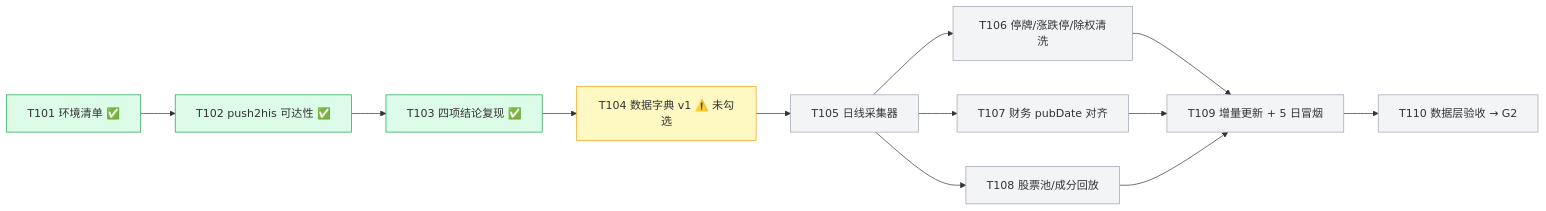
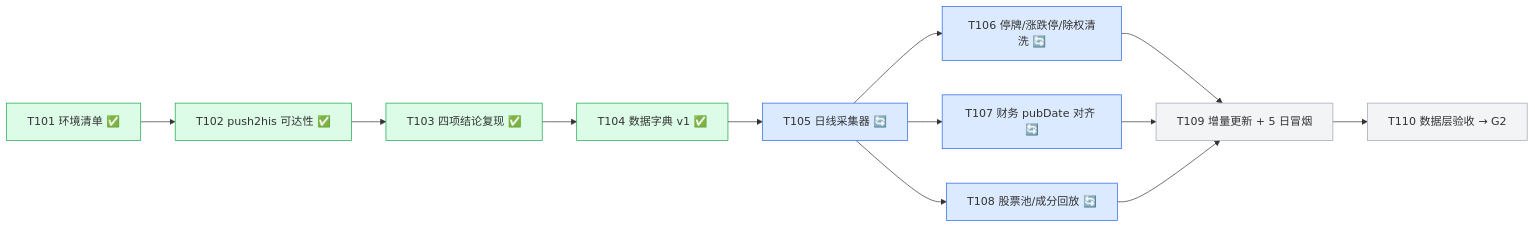
Before and after one commit to YZml1507/FinAI2.0: the third of 4 diagrams in docs/project_status_flowchart.md, drawn with Mermaid. The commit also changed other lines of this file and 1 other file, not shown here.

Commit message:
docs: 流程图状态标记 — Phase 0(T101–T104)清零 / T001 飞书拍板 / T105–T108 实现中 / HEADs 1da2b2d+5f7e38f

````diff
--- a/docs/project_status_flowchart.md
+++ b/docs/project_status_flowchart.md
@@ -43,24 +43,24 @@
 ```mermaid
 flowchart LR
   T101[T101 环境清单 ✅] --> T102[T102 push2his 可达性 ✅]
   T102 --> T103[T103 四项结论复现 ✅]
-  T103 --> T104[T104 数据字典 v1 ⚠️ 未勾选]
-  T104 --> T105[T105 日线采集器]
-  T105 --> T106[T106 停牌/涨跌停/除权清洗]
-  T105 --> T107[T107 财务 pubDate 对齐]
-  T105 --> T108[T108 股票池/成分回放]
+  T103 --> T104[T104 数据字典 v1 ✅]
+  T104 --> T105[T105 日线采集器 🔄]
+  T105 --> T106[T106 停牌/涨跌停/除权清洗 🔄]
+  T105 --> T107[T107 财务 pubDate 对齐 🔄]
+  T105 --> T108[T108 股票池/成分回放 🔄]
   T106 --> T109[T109 增量更新 + 5 日冒烟]
   T107 --> T109
   T108 --> T109
   T109 --> T110[T110 数据层验收 → G2]
   style T101 fill:#dcfce7,stroke:#16a34a
   style T102 fill:#dcfce7,stroke:#16a34a
   style T103 fill:#dcfce7,stroke:#16a34a
-  style T104 fill:#fef9c3,stroke:#f59e0b
-  style T105 fill:#f3f4f6,stroke:#9ca3af
-  style T106 fill:#f3f4f6,stroke:#9ca3af
-  style T107 fill:#f3f4f6,stroke:#9ca3af
-  style T108 fill:#f3f4f6,stroke:#9ca3af
+  style T104 fill:#dcfce7,stroke:#16a34a
+  style T105 fill:#dbeafe,stroke:#2563eb
+  style T106 fill:#dbeafe,stroke:#2563eb
+  style T107 fill:#dbeafe,stroke:#2563eb
+  style T108 fill:#dbeafe,stroke:#2563eb
   style T109 fill:#f3f4f6,stroke:#9ca3af
   style T110 fill:#f3f4f6,stroke:#9ca3af
 ```
````
